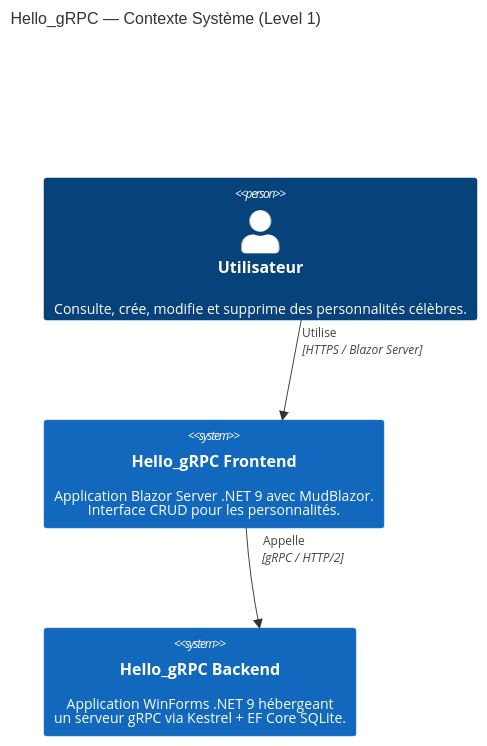
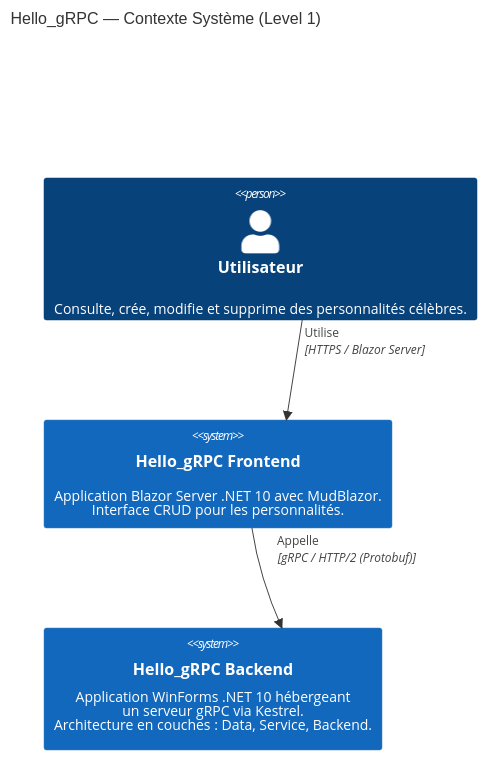
Before and after one commit to Raph8277/Hello_gRPC: the second of 8 diagrams in docs/architecture-c4.md, drawn with Mermaid. The commit also changed other lines of this file and 7 other files, not shown here.

````diff
--- a/docs/architecture-c4.md
+++ b/docs/architecture-c4.md
@@ -90,16 +381,16 @@
 ```mermaid
 C4Context
     title Hello_gRPC — Contexte Système (Level 1)
 
     Person(user, "Utilisateur", "Consulte, crée, modifie et supprime des personnalités célèbres.")
 
-    System(frontend, "Hello_gRPC Frontend", "Application Blazor Server .NET 9 avec MudBlazor.<br/>Interface CRUD pour les personnalités.")
+    System(frontend, "Hello_gRPC Frontend", "Application Blazor Server .NET 10 avec MudBlazor.<br/>Interface CRUD pour les personnalités.")
 
-    System(backend, "Hello_gRPC Backend", "Application WinForms .NET 9 hébergeant<br/>un serveur gRPC via Kestrel + EF Core SQLite.")
+    System(backend, "Hello_gRPC Backend", "Application WinForms .NET 10 hébergeant<br/>un serveur gRPC via Kestrel.<br/>Architecture en couches : Data, Service, Backend.")
 
     Rel(user, frontend, "Utilise", "HTTPS / Blazor Server")
-    Rel(frontend, backend, "Appelle", "gRPC / HTTP/2")
+    Rel(frontend, backend, "Appelle", "gRPC / HTTP/2 (Protobuf)")
 
     UpdateRelStyle(user, frontend, $offsetY="-40", $offsetX="10")
     UpdateRelStyle(frontend, backend, $offsetY="-40", $offsetX="10")
 ```
````
